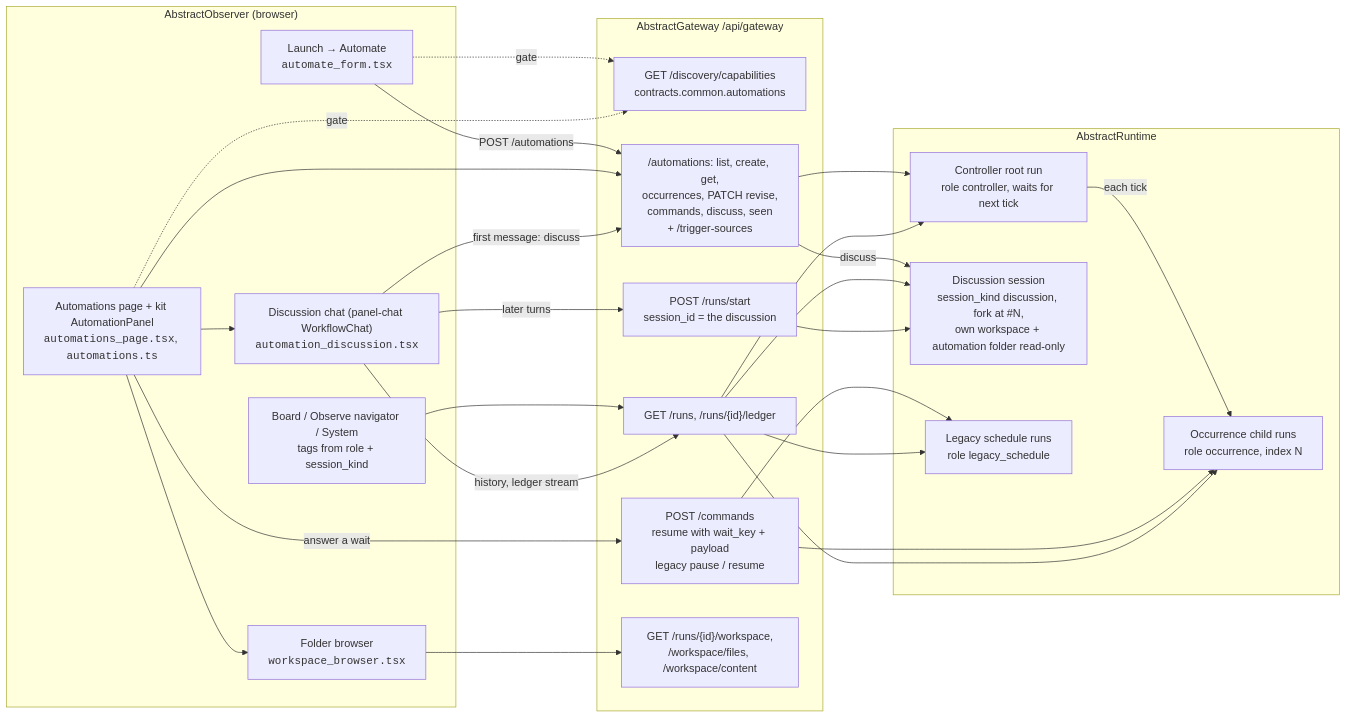
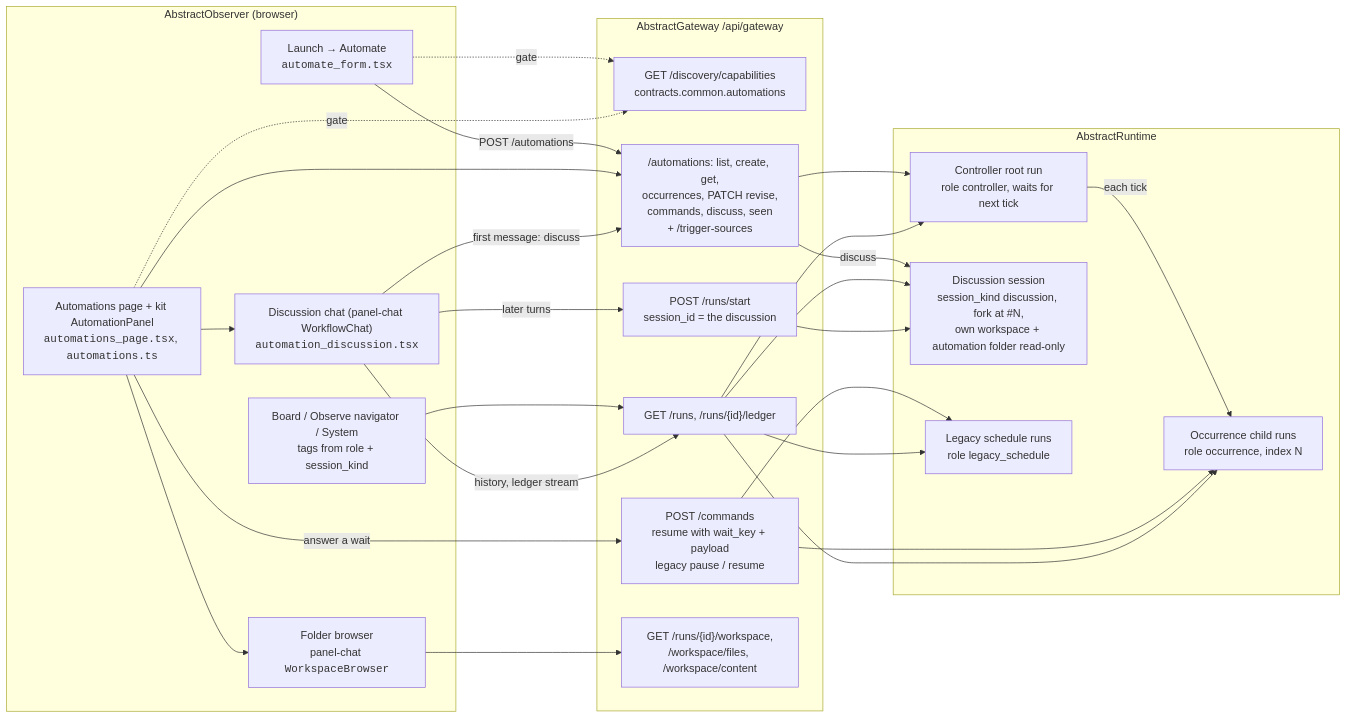
One commit to lpalbou/AbstractObserver changed the third of 3 diagrams in docs/architecture.md. Above: the diagram before and after it, drawn with Mermaid. The commit also changed other lines of this file and 15 other files, not shown here.

````diff
--- a/docs/architecture.md
+++ b/docs/architecture.md
@@ -83,46 +83,46 @@
 ```mermaid
 flowchart LR
   subgraph OBS["AbstractObserver (browser)"]
     L["Launch → Automate<br/><code>automate_form.tsx</code>"]
     AP["Automations page + kit AutomationPanel<br/><code>automations_page.tsx</code>, <code>automations.ts</code>"]
     BV["Board / Observe navigator / System<br/>tags from role + session_kind"]
     DC["Discussion chat (panel-chat WorkflowChat)<br/><code>automation_discussion.tsx</code>"]
-    WB["Folder browser<br/><code>workspace_browser.tsx</code>"]
+    WB["Folder browser<br/>panel-chat <code>WorkspaceBrowser</code>"]
   end
   subgraph GW["AbstractGateway /api/gateway"]
     CAP["GET /discovery/capabilities<br/>contracts.common.automations"]
     AUTO["/automations: list, create, get,<br/>occurrences, PATCH revise,<br/>commands, discuss, seen<br/>+ /trigger-sources"]
     CMD["POST /commands<br/>resume with wait_key + payload<br/>legacy pause / resume"]
     RUNS["GET /runs, /runs/{id}/ledger"]
     START["POST /runs/start<br/>session_id = the discussion"]
     WS["GET /runs/{id}/workspace,<br/>/workspace/files, /workspace/content"]
   end
   subgraph RT[AbstractRuntime]
     CTRL["Controller root run<br/>role controller, waits for next tick"]
     OCC["Occurrence child runs<br/>role occurrence, index N"]
     DISC["Discussion session<br/>session_kind discussion, fork at #N,<br/>own workspace + automation folder read-only"]
     LEG["Legacy schedule runs<br/>role legacy_schedule"]
   end
   L -->|POST /automations| AUTO
   AP --> AUTO
   AP -->|answer a wait| CMD
   L -. gate .-> CAP
   AP -. gate .-> CAP
   BV --> RUNS
   AUTO --> CTRL
   CTRL -->|each tick| OCC
   AUTO -->|discuss| DISC
   CMD --> OCC
   CMD --> LEG
   RUNS --> CTRL
   RUNS --> OCC
   RUNS --> DISC
   AP --> DC
   AP --> WB
   DC -->|first message: discuss| AUTO
   DC -->|later turns| START
   DC -->|history, ledger stream| RUNS
   START --> DISC
   WB --> WS
   RUNS --> LEG
 ```
````
